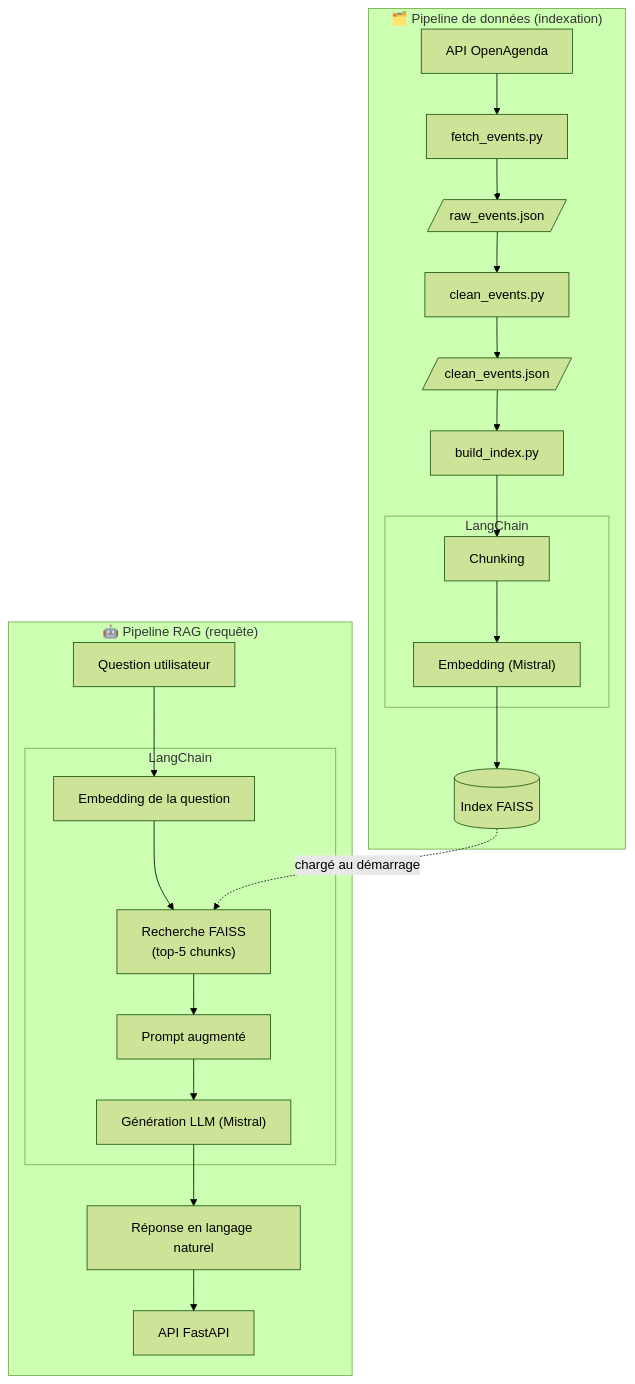
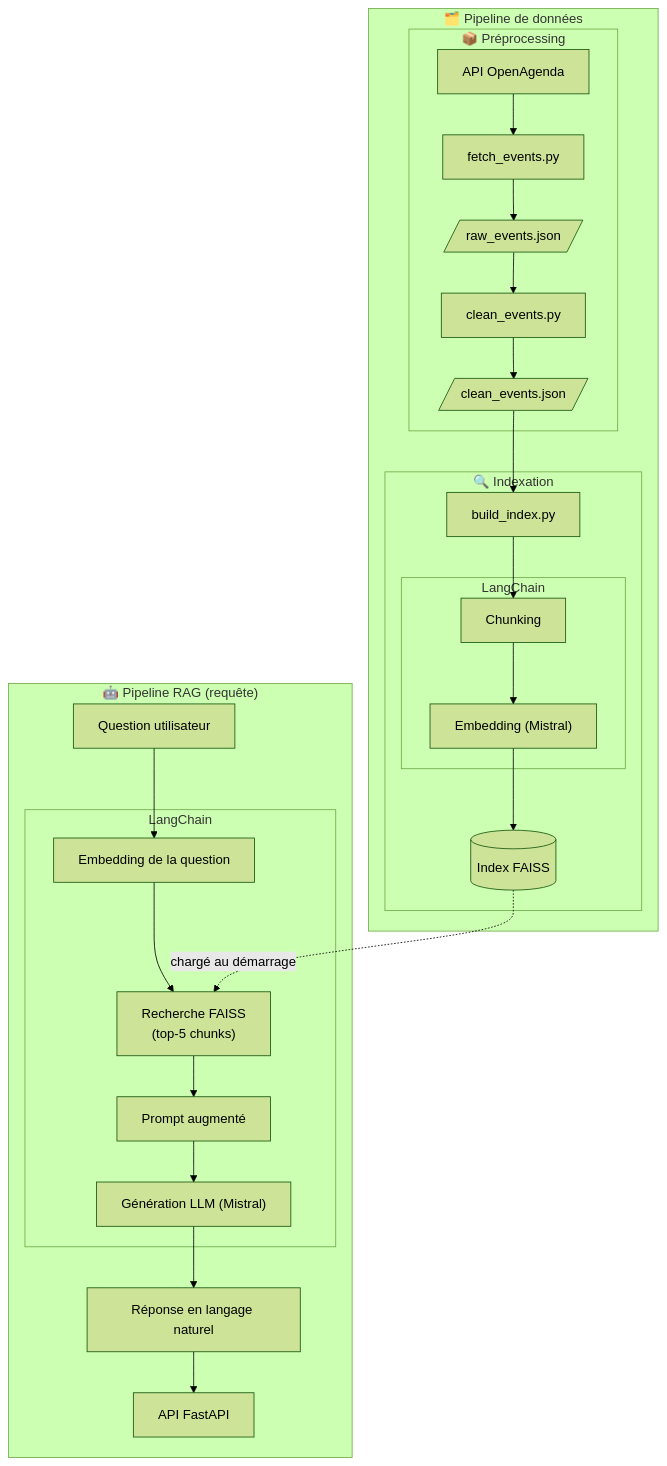
The first of 2 diagrams in docs/rapport_technique.md (RaphaelRIVIERE/poc-rag), drawn with Mermaid (forest theme) before and after one commit. The commit also changed other lines of this file and 1 other file, not shown here.

First line of the commit message:
docs: improve architecture diagram and add eval results

````diff
--- a/docs/rapport_technique.md
+++ b/docs/rapport_technique.md
@@ -59,34 +59,39 @@
 ```mermaid
 flowchart TD
-    subgraph INGESTION["🗂️ Pipeline de données (indexation)"]
-        A["API OpenAgenda"]
-        B["fetch_events.py"]
-        C[/"raw_events.json"/]
-        D["clean_events.py"]
-        E[/"clean_events.json"/]
-        F["build_index.py"]
-        subgraph LC1["LangChain"]
-            G["Chunking"]
-            H["Embedding (Mistral)"]
+    subgraph INGESTION["🗂️ Pipeline de données"]
+        subgraph PREPROCESS["📦 Préprocessing"]
+            A["API OpenAgenda"]
+            B["fetch_events.py"]
+            C[/"raw_events.json"/]
+            D["clean_events.py"]
+            E[/"clean_events.json"/]
+            A --> B --> C --> D --> E
         end
-        I[("Index FAISS")]
-
-        A --> B --> C --> D --> E --> F --> G --> H --> I
+        subgraph INDEXATION["🔍 Indexation"]
+            F["build_index.py"]
+            subgraph LC1["LangChain"]
+                G["Chunking"]
+                H["Embedding (Mistral)"]
+            end
+            I[("Index FAISS")]
+            F --> G --> H --> I
+        end
+        E --> F
     end
 
     subgraph RAG["🤖 Pipeline RAG (requête)"]
         J["Question utilisateur"]
         subgraph LC2["LangChain"]
             K["Embedding de la question"]
             L["Recherche FAISS\n(top-5 chunks)"]
             M["Prompt augmenté"]
             N["Génération LLM (Mistral)"]
         end
         O["Réponse en langage naturel"]
         P["API FastAPI"]
 
         J --> K --> L --> M --> N --> O --> P
     end
 
     I -.->|"chargé au démarrage"| L
 ```
````
